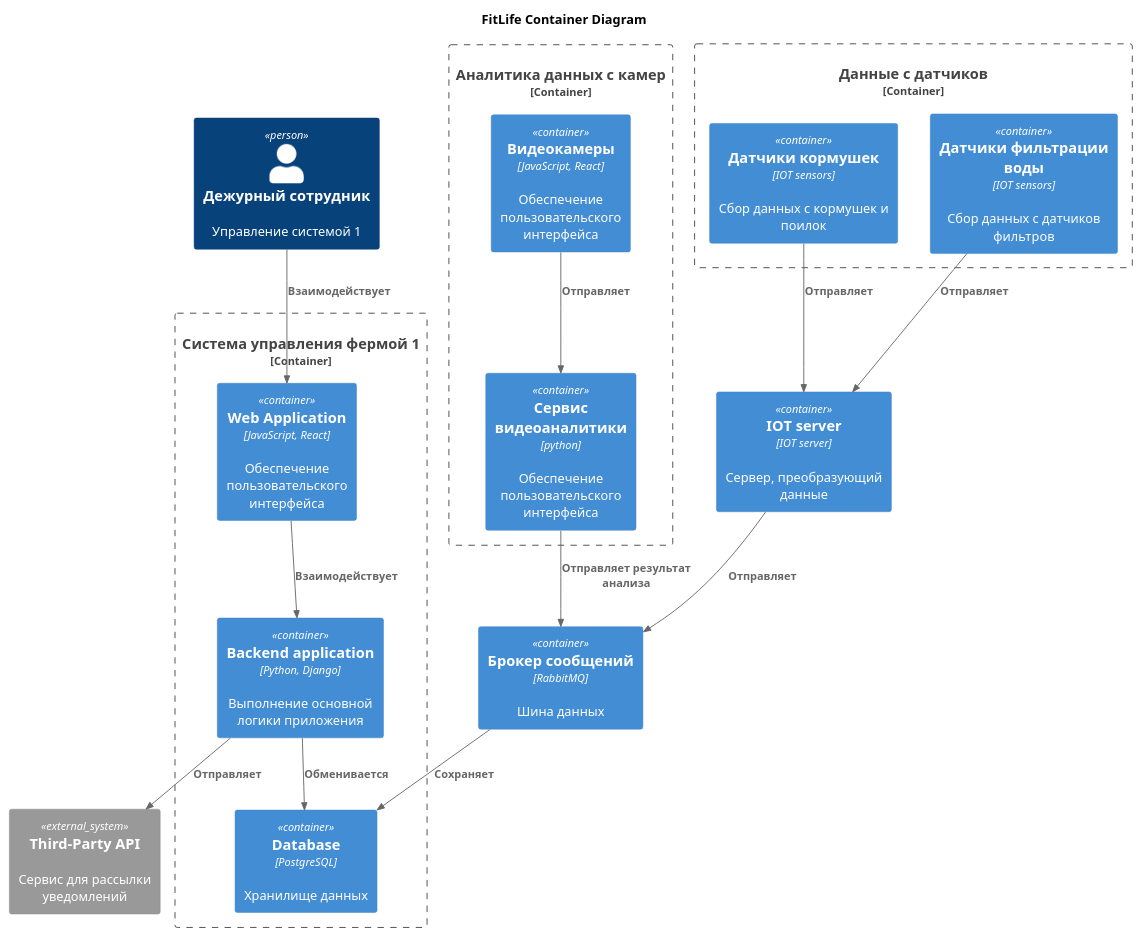
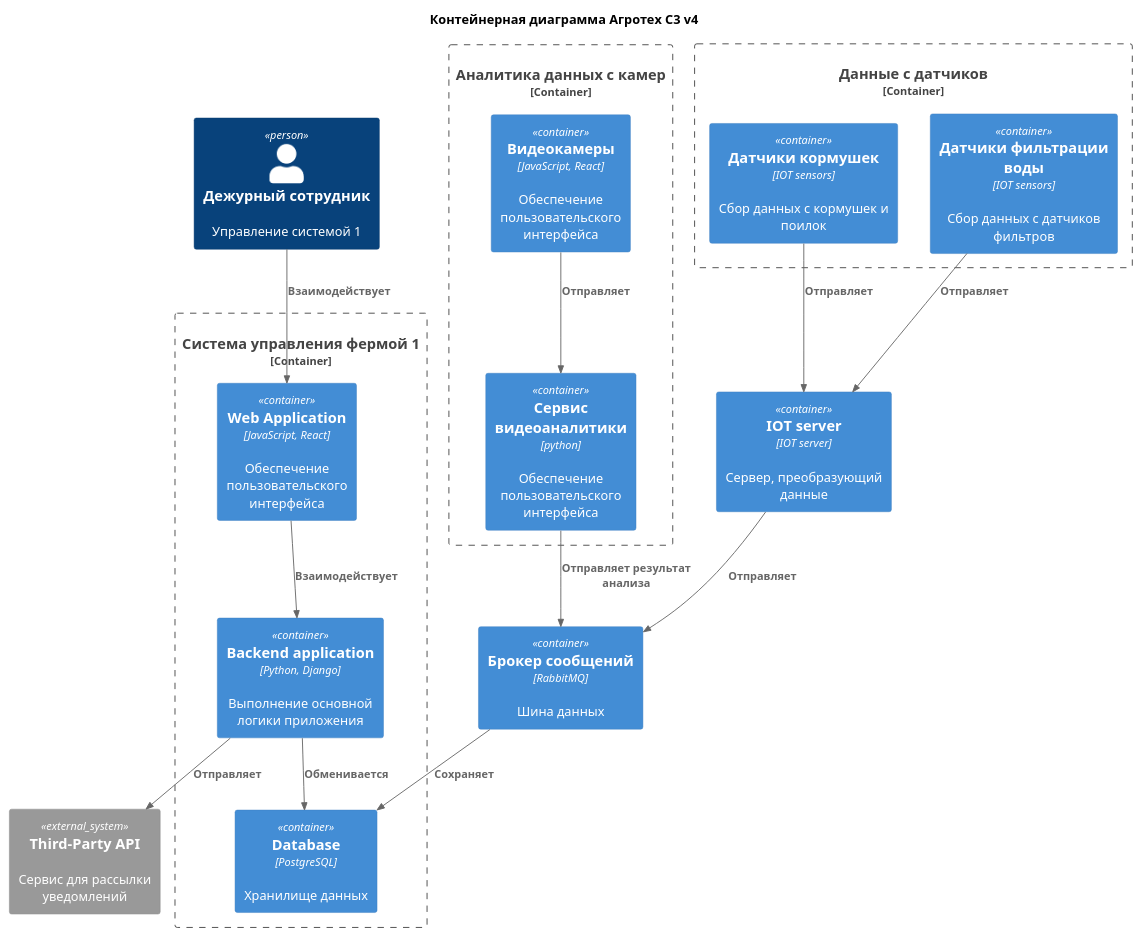
The diagram in Task2/container_additional.puml (Pavelkalininn/MSA-AgroTech), drawn with PlantUML before and after one commit. The commit also changed 7 other files, not shown here.

```diff
--- a/Task2/container_additional.puml
+++ b/Task2/container_additional.puml
@@ -1,44 +1,44 @@
 @startuml
-title FitLife Container Diagram
+title Контейнерная диаграмма Агротех C3 v4
 
 top to bottom direction
 
 !includeurl https://raw.githubusercontent.com/RicardoNiepel/C4-PlantUML/master/C4_Component.puml
 
 Container_Boundary(АналитикаКамер, "Аналитика данных с камер") {
   Container(видеокамеры, "Видеокамеры", "JavaScript, React", "Обеспечение пользовательского интерфейса")
   Container(сервисВидеоаналитики, "Сервис видеоаналитики", "python", "Обеспечение пользовательского интерфейса")
 }
 
 Container_Boundary(IOT, "Данные с датчиков") {
   Container(датчикиКормушек, "Датчики кормушек", "IOT sensors", "Сбор данных с кормушек и поилок")
   Container(ДатчикиФильтрацииВоды, "Датчики фильтрации воды", "IOT sensors", "Сбор данных с датчиков фильтров")
 }
 
 Container(IOTserver, "IOT server", "IOT server", "Сервер, преобразующий данные")
 
 
 Container(rabbit, "Брокер сообщений", "RabbitMQ", "Шина данных")
 
 Container_Boundary(агент1, "Система управления фермой 1") {
   Container(WebApp, "Web Application", "JavaScript, React", "Обеспечение пользовательского интерфейса")
   Container(Backend, "Backend application", "Python, Django", "Выполнение основной логики приложения")
   Container(Database, "Database", "PostgreSQL", "Хранилище данных")
 }
 
 Person(дежурныйсотрудник1, "Дежурный сотрудник", "Управление системой 1")
 
 System_Ext(api, "Third-Party API", "Сервис для рассылки уведомлений")
 
 Rel(видеокамеры, сервисВидеоаналитики, "Отправляет")
 Rel(IOTserver, rabbit, "Отправляет")
 Rel(rabbit, Database, "Сохраняет")
 Rel(датчикиКормушек, IOTserver, "Отправляет")
 Rel(ДатчикиФильтрацииВоды, IOTserver, "Отправляет")
 Rel(WebApp, Backend, "Взаимодействует")
 Rel(сервисВидеоаналитики, rabbit, "Отправляет результат анализа")
 Rel(Backend, Database, "Обменивается")
 Rel(дежурныйсотрудник1, WebApp, "Взаимодействует")
 Rel(Backend, api, "Отправляет")
 
 @enduml
```
